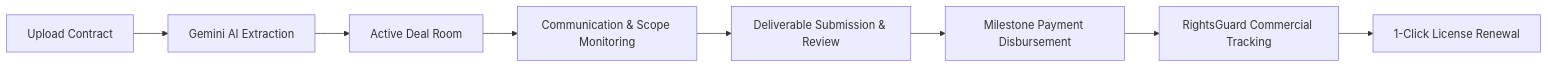
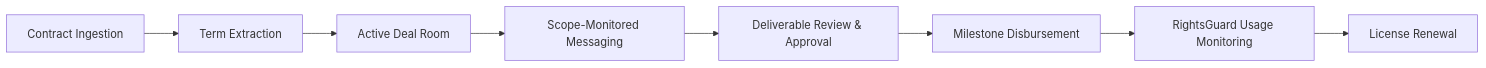
One commit to fiopefoluwa/WeTech-Cortex changed the diagram in README.md. Above: the diagram before and after it, drawn with Mermaid. The commit also changed other lines of this file and 1 other file, not shown here.

````diff
--- a/README.md
+++ b/README.md
@@ -65,10 +36,10 @@
 ```mermaid
 graph LR
-    A[Upload Contract] --> B[Gemini AI Extraction]
+    A[Contract Ingestion] --> B[Term Extraction]
     B --> C[Active Deal Room]
-    C --> D[Communication & Scope Monitoring]
-    D --> E[Deliverable Submission & Review]
-    E --> F[Milestone Payment Disbursement]
-    F --> G[RightsGuard Commercial Tracking]
-    G --> H[1-Click License Renewal]
+    C --> D[Scope-Monitored Messaging]
+    D --> E[Deliverable Review & Approval]
+    E --> F[Milestone Disbursement]
+    F --> G[RightsGuard Usage Monitoring]
+    G --> H[License Renewal]
 ```
````
